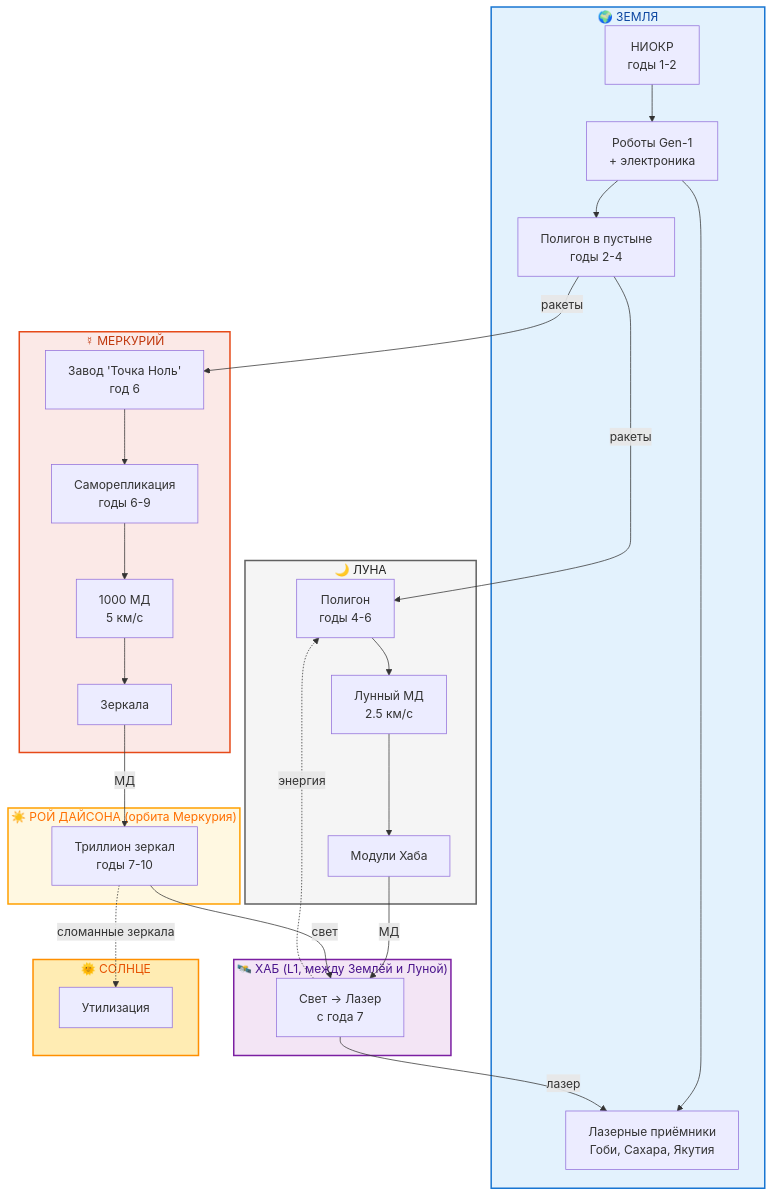
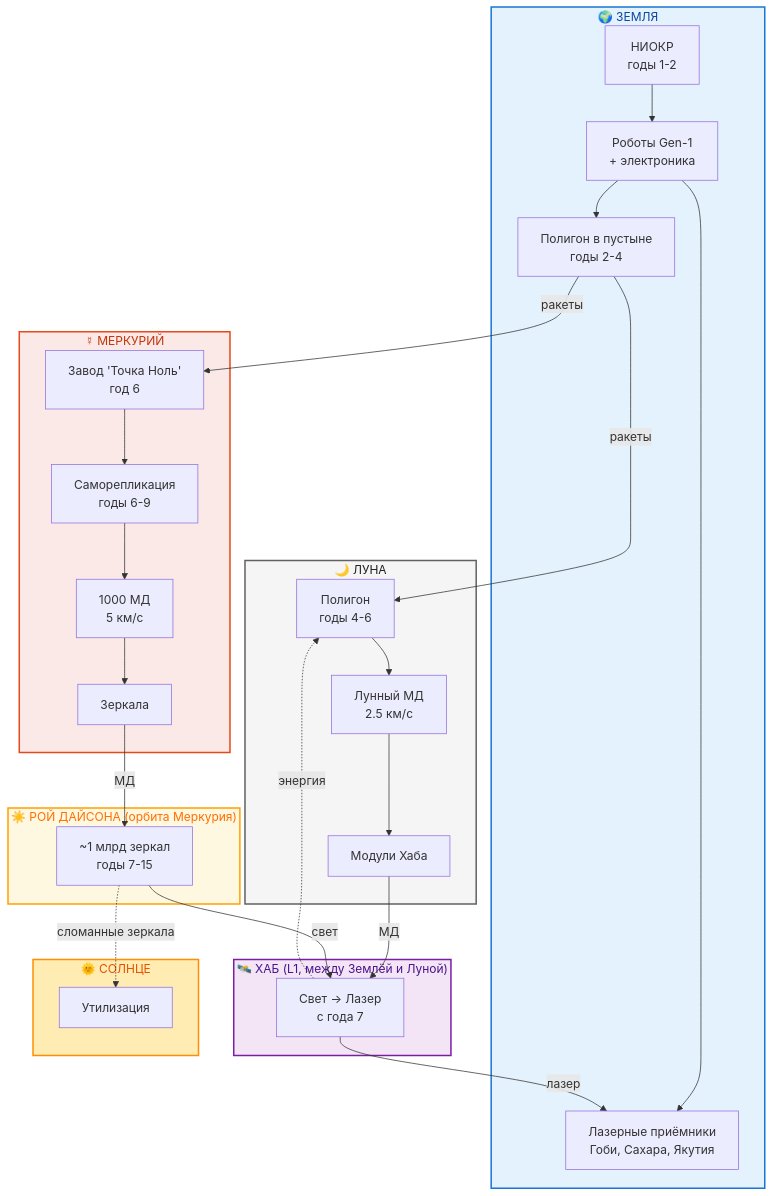
One commit to DmitryNasikanov/infinite-energy changed the first of 3 diagrams in ru/science/executive-summary.qmd. Above: the diagram before and after it, drawn with Mermaid. The commit also changed other lines of this file and 18 other files, not shown here.

````diff
--- a/ru/science/executive-summary.qmd
+++ b/ru/science/executive-summary.qmd
@@ -24,61 +24,61 @@
 ```{mermaid}
 flowchart TB
     subgraph ЗЕМЛЯ["🌍 ЗЕМЛЯ"]
         E1[НИОКР<br/>годы 1-2] --> E2[Роботы Gen-1<br/>+ электроника]
         E2 --> E3[Полигон в пустыне<br/>годы 2-4]
         E2 --> E4[Лазерные приёмники<br/>Гоби, Сахара, Якутия]
     end
 
     subgraph ЛУНА["🌙 ЛУНА"]
         L1[Полигон<br/>годы 4-6] --> L2[Лунный МД<br/>2.5 км/с]
         L2 --> L3[Модули Хаба]
     end
 
     subgraph МЕРКУРИЙ["☿ МЕРКУРИЙ"]
         M1[Завод 'Точка Ноль'<br/>год 6] --> M2[Саморепликация<br/>годы 6-9]
         M2 --> M3[1000 МД<br/>5 км/с]
         M3 --> M4[Зеркала]
     end
 
     subgraph ХАБ["🛰️ ХАБ (L1, между Землёй и Луной)"]
         H1[Свет → Лазер<br/>с года 7]
     end
 
     subgraph РОЙ["☀️ РОЙ ДАЙСОНА (орбита Меркурия)"]
-        R1[Триллион зеркал<br/>годы 7-10]
+        R1[~1 млрд зеркал<br/>годы 7-15]
     end
 
     subgraph СОЛНЦЕ["🌞 СОЛНЦЕ"]
         S1[Утилизация]
     end
 
     E3 -->|ракеты| L1
     E3 -->|ракеты| M1
     L3 -->|МД| H1
     M4 -->|МД| R1
     R1 -->|свет| H1
     H1 -->|лазер| E4
     H1 -.->|энергия| L1
     R1 -.->|сломанные зеркала| S1
 
     style СОЛНЦЕ fill:#FFECB3,stroke:#FF8F00,stroke-width:2px,color:#E65100
     style ЗЕМЛЯ fill:#E3F2FD,stroke:#1976D2,stroke-width:2px,color:#0D47A1
     style ЛУНА fill:#F5F5F5,stroke:#616161,stroke-width:2px,color:#212121
     style МЕРКУРИЙ fill:#FBE9E7,stroke:#E64A19,stroke-width:2px,color:#BF360C
     style ХАБ fill:#F3E5F5,stroke:#7B1FA2,stroke-width:2px,color:#4A148C
     style РОЙ fill:#FFF8E1,stroke:#FFA000,stroke-width:2px,color:#FF6F00
 
     click E1 "calculations/roadmap.html" "Дорожная карта"
     click E2 "robots.html" "Бестиарий роботов"
     click E3 "calculations/roadmap.html" "Дорожная карта"
     click E4 "physics.html" "Физика проекта"
     click L1 "calculations/roadmap.html" "Дорожная карта"
     click L2 "calculations/railgun.html" "Масс-драйвер"
     click L3 "physics.html" "Станция-Хаб"
     click M1 "factory.html" "Завод Точка Ноль"
     click M2 "calculations/scaling.html" "Масштабирование"
     click M3 "calculations/railgun.html" "Масс-драйвер"
     click M4 "physics.html" "Зеркала Роя"
     click H1 "physics.html" "Станция-Хаб"
     click R1 "calculations/energy.html" "Расчёты энергии"
 ```
````
